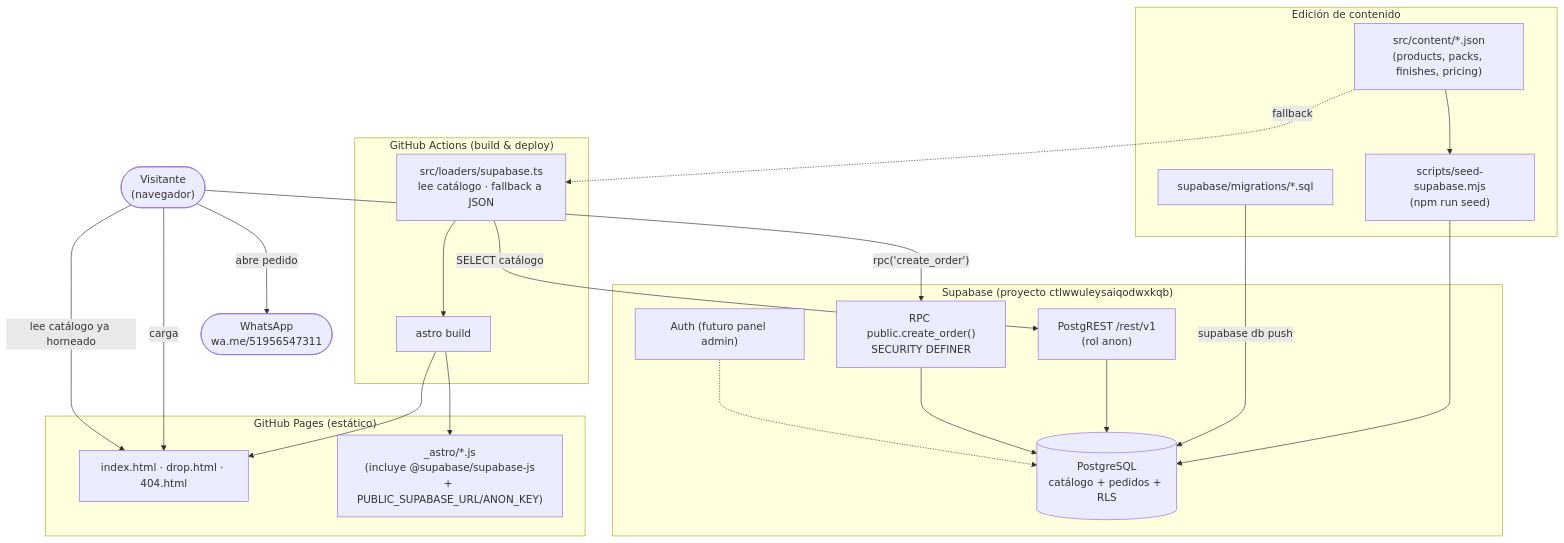
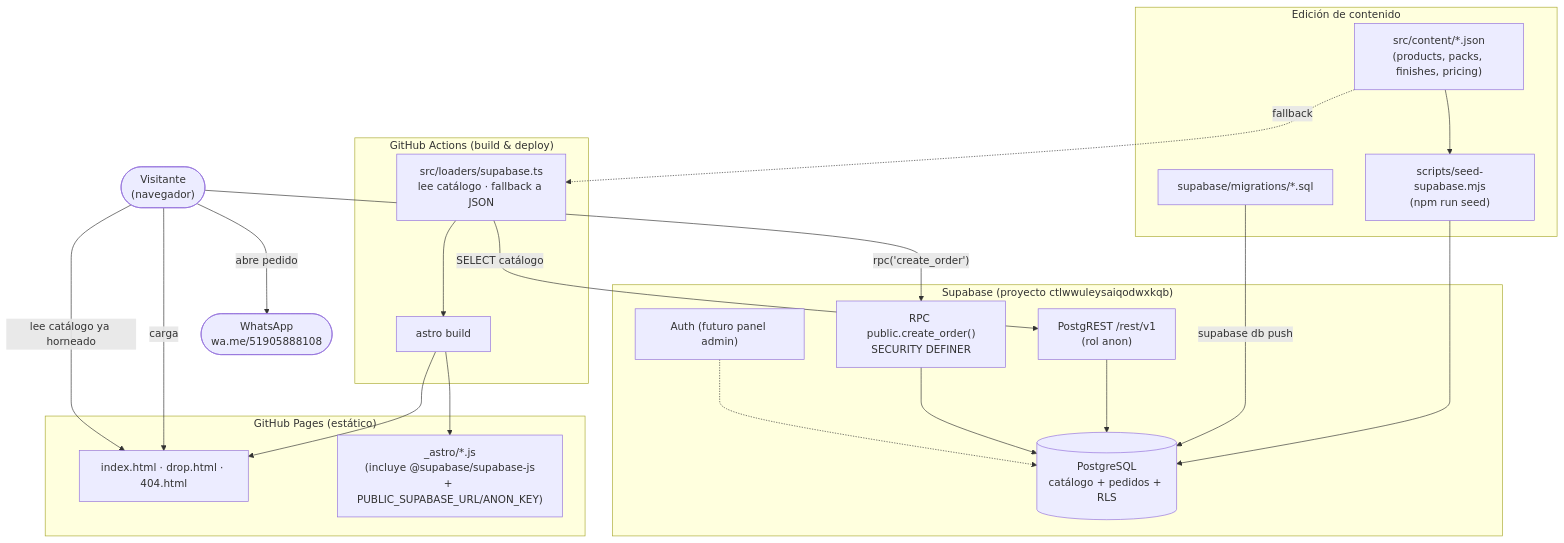
The first of 4 diagrams in docs/arquitectura.md (Hristb/Stikers-app), drawn with Mermaid before and after one commit. The commit also changed other lines of this file and 5 other files, not shown here.

````diff
--- a/docs/arquitectura.md
+++ b/docs/arquitectura.md
@@ -25,41 +25,41 @@
 ```mermaid
 flowchart TB
     subgraph Dev["Edición de contenido"]
         JSON["src/content/*.json<br/>(products, packs, finishes, pricing)"]
         SEED["scripts/seed-supabase.mjs<br/>(npm run seed)"]
         MIG["supabase/migrations/*.sql"]
     end
 
     subgraph CI["GitHub Actions (build & deploy)"]
         BUILD["astro build"]
         LOADER["src/loaders/supabase.ts<br/>lee catálogo · fallback a JSON"]
     end
 
     subgraph Pages["GitHub Pages (estático)"]
         HTML["index.html · drop.html · 404.html"]
         BUNDLE["_astro/*.js<br/>(incluye @supabase/supabase-js<br/>+ PUBLIC_SUPABASE_URL/ANON_KEY)"]
     end
 
     subgraph SB["Supabase (proyecto ctlwwuleysaiqodwxkqb)"]
         REST["PostgREST /rest/v1<br/>(rol anon)"]
         RPC["RPC public.create_order()<br/>SECURITY DEFINER"]
         DB[("PostgreSQL<br/>catálogo + pedidos + RLS")]
         AUTH["Auth (futuro panel admin)"]
     end
 
     Visitor(["Visitante<br/>(navegador)"])
-    WA(["WhatsApp<br/>wa.me/51956547311"])
+    WA(["WhatsApp<br/>wa.me/51905888108"])
 
     JSON --> SEED --> DB
     MIG -->|supabase db push| DB
     JSON -.fallback.-> LOADER
     LOADER -->|SELECT catálogo| REST
     REST --> DB
     LOADER --> BUILD --> HTML & BUNDLE
 
     Visitor -->|carga| HTML
     Visitor -->|"lee catálogo ya horneado"| HTML
     Visitor -->|"rpc('create_order')"| RPC --> DB
     Visitor -->|"abre pedido"| WA
     AUTH -.-> DB
 ```
````
